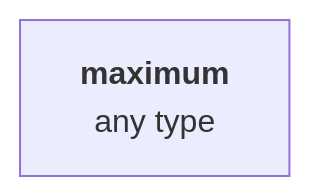
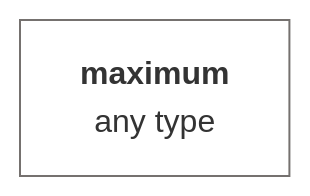
Before and after one commit to muzikp/retusa: the fifth of 23 diagrams in docs/en-GB/vector.md, drawn with Mermaid. The commit also changed other lines of this file and 17 other files, not shown here.

````diff
--- a/docs/en-GB/vector.md
+++ b/docs/en-GB/vector.md
@@ -146,4 +158,7 @@
 ```mermaid
 graph TD
-A[<b>maximum<br></b>any type]
+max[<b>maximum<br></b>any type]
+style max fill:#FFFFFF;
+style max stroke:#75716F;
+
 ```
````
